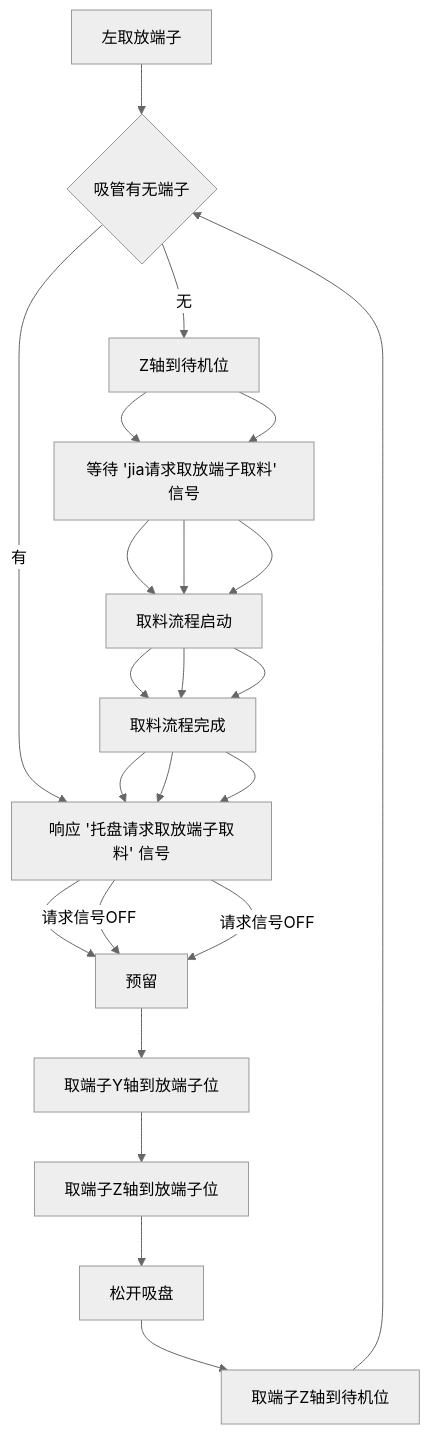
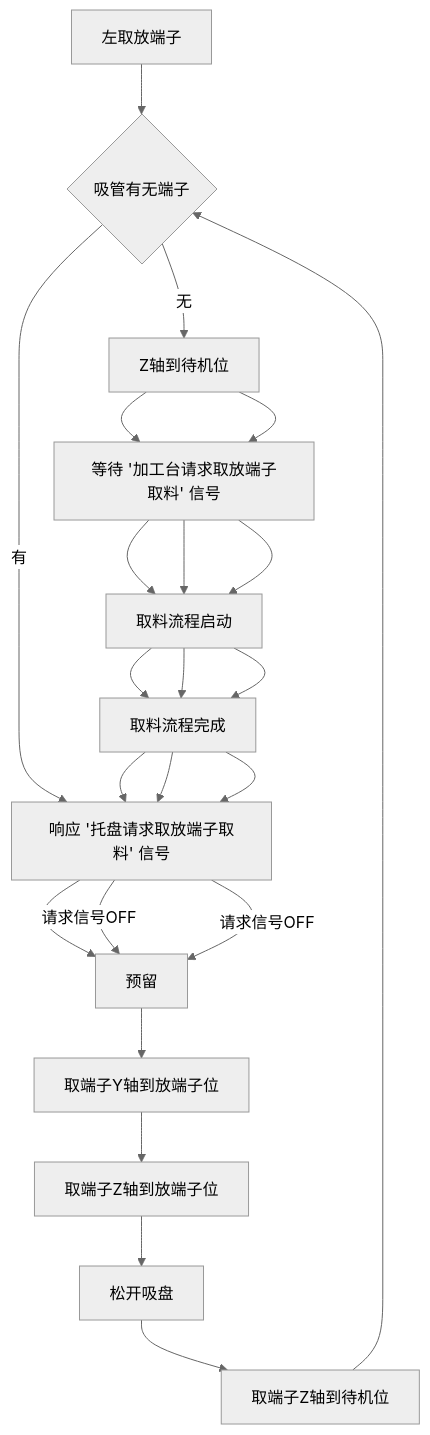
The diagram in all/VR-OP90左取放端子.md (zmq000/iodraw-files), drawn with Mermaid (neutral theme) before and after one commit.

Commit message:
2026-06-18 11:30:30 update

````diff
--- a/all/VR-OP90左取放端子.md
+++ b/all/VR-OP90左取放端子.md
@@ -1,26 +1,26 @@
 ```mermaid
 graph TD
 0[左取放端子]-->10
 10{吸管有无端子}-->|有|60
 10-->|无|20
 20[取端子Y轴到取端子位]-->30
 30[托盘X轴到取端子位]-->40
 40[取端子Z轴到取端子位]-->50
 50[启动吸盘]-->60
 60[取端子Z轴到待机位]-->70
 70[预留]-->80
 80[取端子Y轴到放端子位]-->90
 90[取端子Z轴到放端子位]-->100
 100[松开吸盘]-->110
 110[取端子Z轴到待机位]-->10
 
 20[Z轴到待机位]-->30
 30[等待 '托盘请求取放端子取料' 信号]-->40
 40[取料流程启动]-->50
 50[取料流程完成]-->60
 60[响应 '托盘请求取放端子取料' 信号]-->|请求信号OFF|70
-30[等待 'jia请求取放端子取料' 信号]-->40
+30[等待 '加工台请求取放端子取料' 信号]-->40
 40[取料流程启动]-->50
 50[取料流程完成]-->60
 60[响应 '托盘请求取放端子取料' 信号]-->|请求信号OFF|70
 ```
````
